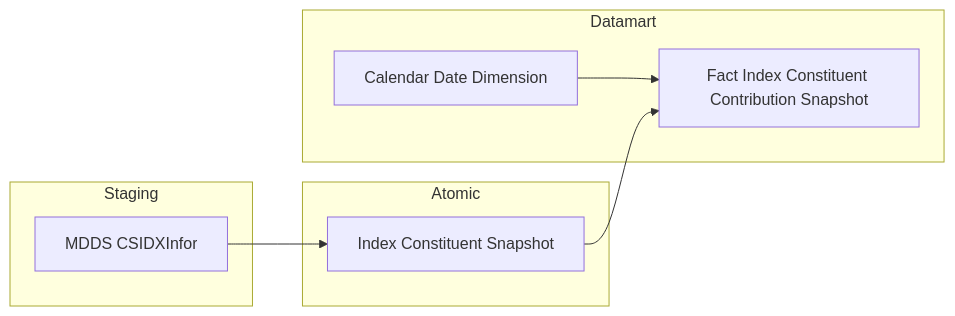
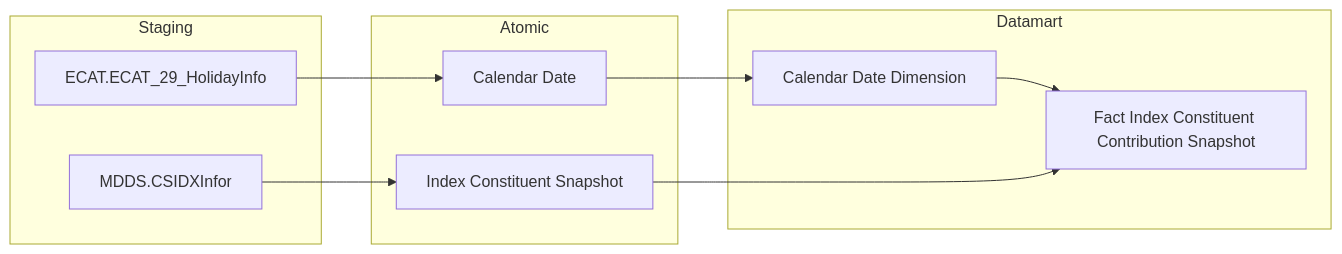
One commit to linhlvit/ubck_atomic_design changed the third of 16 diagrams in Datamart/hld/DTM_GSTT_HLD.md. Above: the diagram before and after it, drawn with Mermaid. The commit also changed other lines of this file and 3 other files, not shown here.

````diff
--- a/Datamart/hld/DTM_GSTT_HLD.md
+++ b/Datamart/hld/DTM_GSTT_HLD.md
@@ -101,16 +101,20 @@
 ```mermaid
 flowchart LR
     subgraph SRC["Staging"]
-        S3A["MDDS CSIDXInfor"]
+        S3A["MDDS.CSIDXInfor"]
+        S3B["ECAT.ECAT_29_HolidayInfo"]
     end
     subgraph SIL["Atomic"]
         A3A["Index Constituent Snapshot"]
+        A3B["Calendar Date"]
     end
     subgraph GOLD["Datamart"]
-        F3["Fact Index Constituent Contribution Snapshot"]
-        D5["Calendar Date Dimension"]
-        D5 --> F3
+        fct_indx_cst_ctb_snpst["Fact Index Constituent Contribution Snapshot"]
+        cdr_dt_dim["Calendar Date Dimension"]
+        cdr_dt_dim --> fct_indx_cst_ctb_snpst
     end
     S3A --> A3A
-    A3A --> F3
+    S3B --> A3B
+    A3A --> fct_indx_cst_ctb_snpst
+    A3B --> cdr_dt_dim
 ```
````
